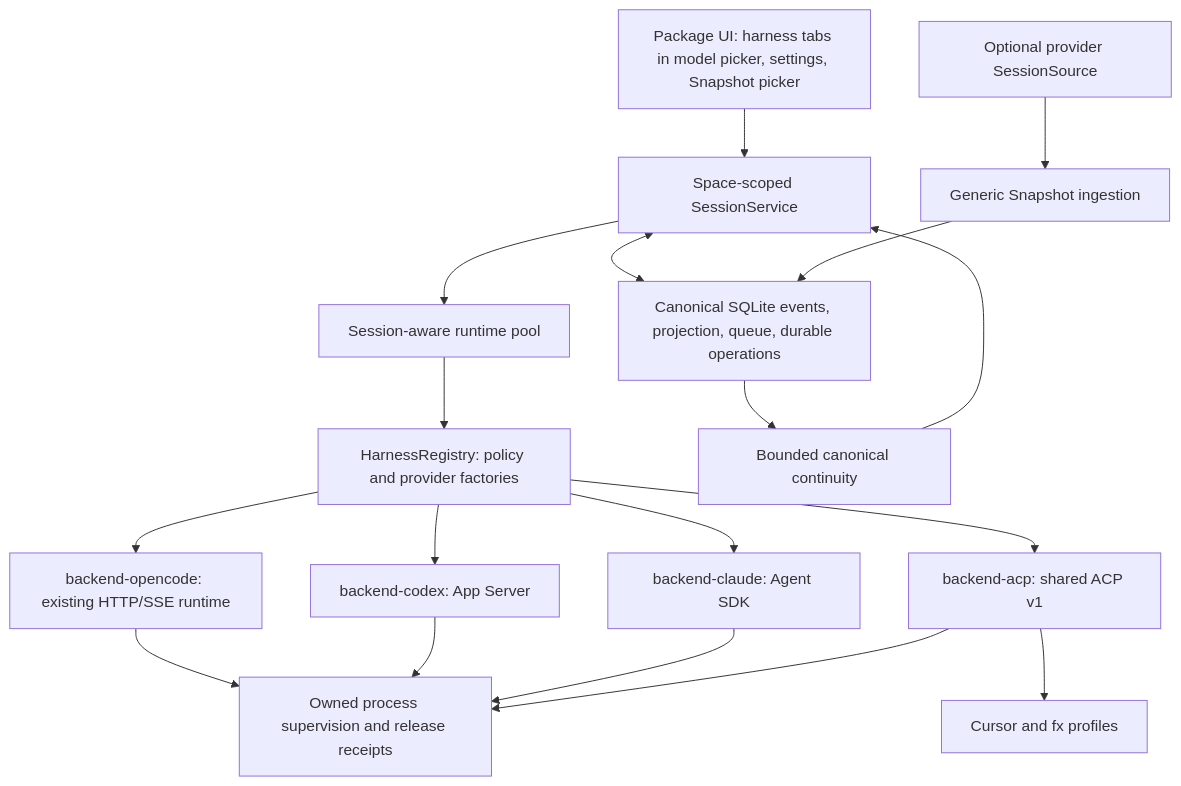
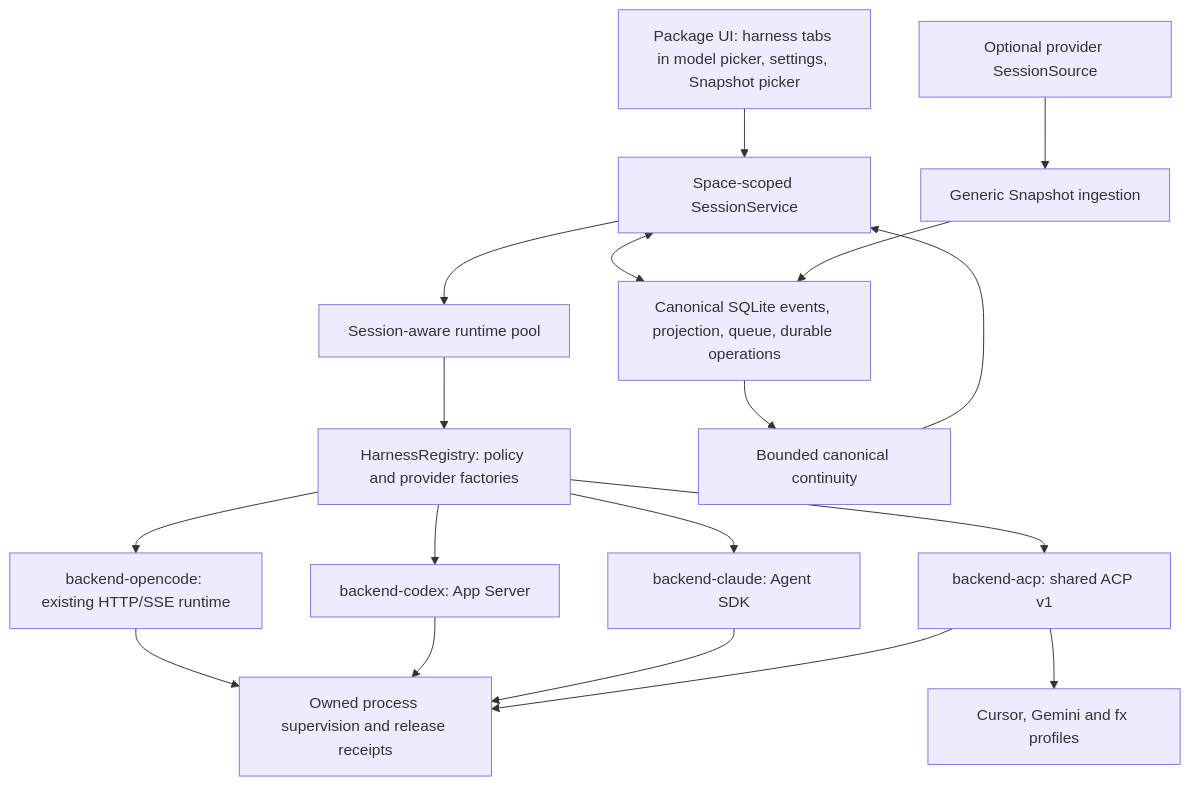
One commit to Polyth/Polyth changed the diagram in docs/architecture/multi-harness.md. Above: the diagram before and after it, drawn with Mermaid. The commit also changed other lines of this file, not shown here.

Commit message:
docs(gemini): add harness to architecture matrix

````diff
--- a/docs/architecture/multi-harness.md
+++ b/docs/architecture/multi-harness.md
@@ -9,20 +9,20 @@
 ```mermaid
 flowchart TD
   UI[Package UI: harness tabs in model picker, settings, Snapshot picker] --> SS[Space-scoped SessionService]
   SS <--> DB[Canonical SQLite events, projection, queue, durable operations]
   SS --> POOL[Session-aware runtime pool]
   POOL --> REG[HarnessRegistry: policy and provider factories]
   REG --> OC[backend-opencode: existing HTTP/SSE runtime]
   REG --> CX[backend-codex: App Server]
   REG --> CC[backend-claude: Agent SDK]
   REG --> ACP[backend-acp: shared ACP v1]
-  ACP --> PROFILES[Cursor and fx profiles]
+  ACP --> PROFILES[Cursor, Gemini and fx profiles]
   OC --> AUTH[Owned process supervision and release receipts]
   CX --> AUTH
   CC --> AUTH
   ACP --> AUTH
   DB --> CTX[Bounded canonical continuity]
   CTX --> SS
   SOURCE[Optional provider SessionSource] --> SNAP[Generic Snapshot ingestion]
   SNAP --> DB
 ```
````
